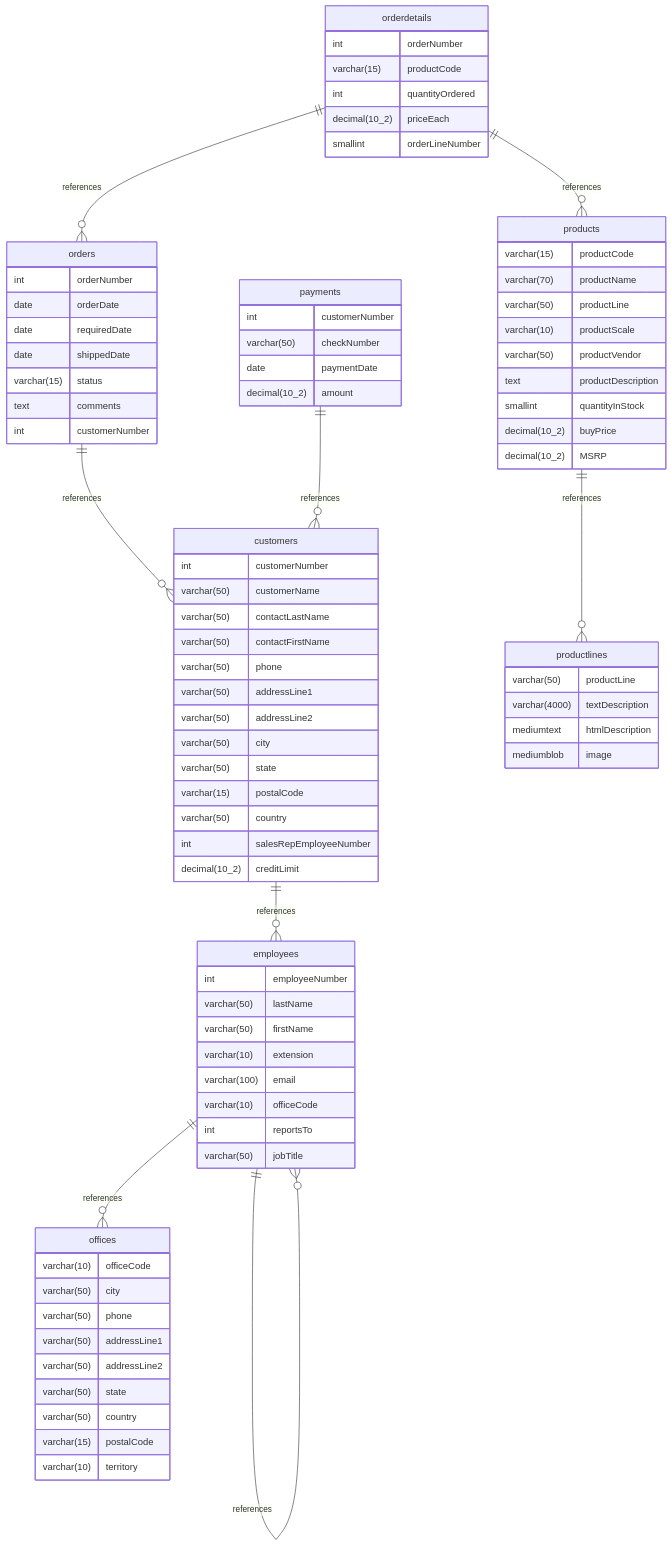
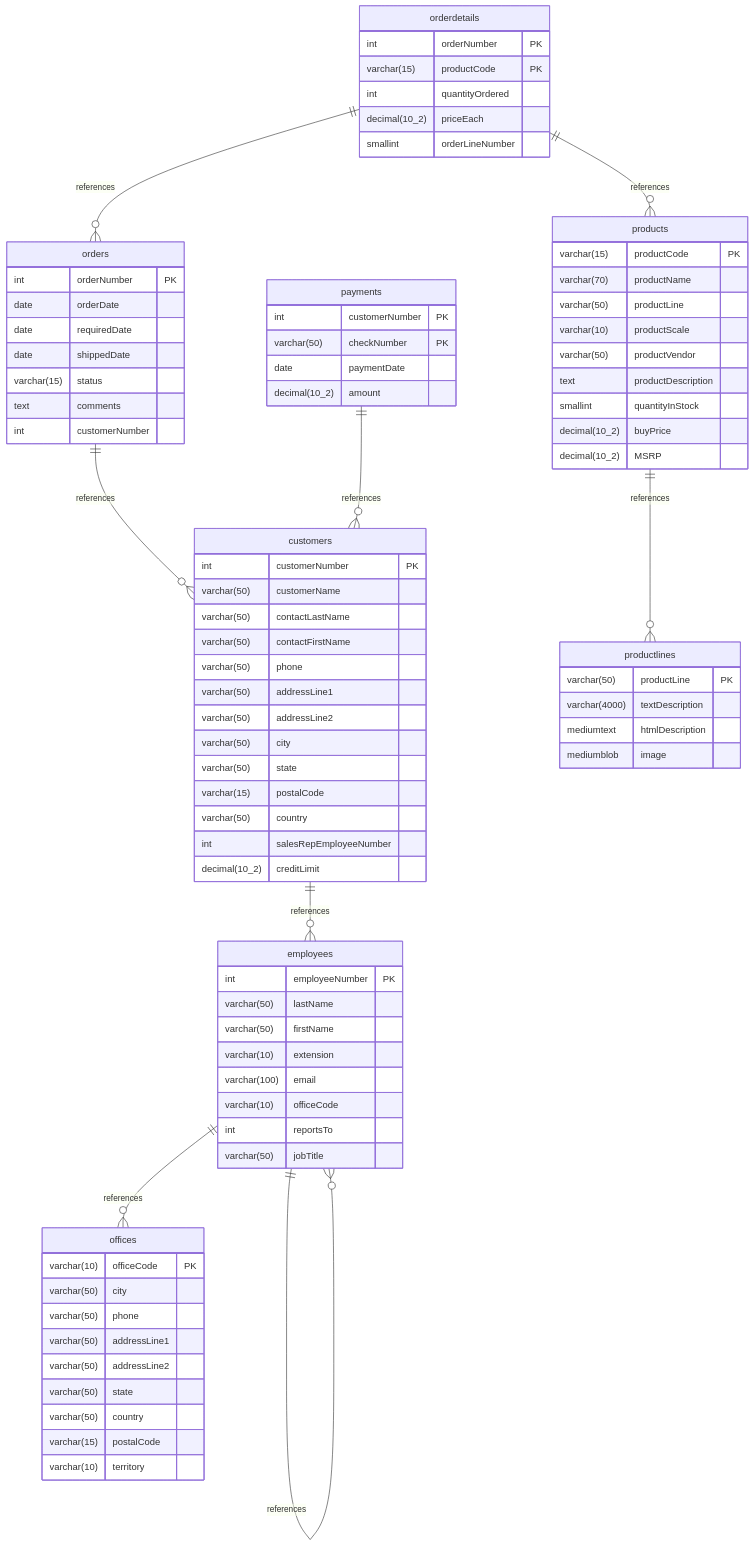
Before and after one commit to brochwerger/db_explorer: the diagram in sample-mermaid-diagram.md, drawn with Mermaid.

Commit message:
Added primary key hightlighting to diagram

````diff
--- a/sample-mermaid-diagram.md
+++ b/sample-mermaid-diagram.md
@@ -1,7 +1,7 @@
 ```mermaid
 erDiagram
     customers {
-        int customerNumber
+        int customerNumber PK
         varchar(50) customerName
         varchar(50) contactLastName
         varchar(50) contactFirstName
@@ -16,7 +16,7 @@
         decimal(10_2) creditLimit
     }
     employees {
-        int employeeNumber
+        int employeeNumber PK
         varchar(50) lastName
         varchar(50) firstName
         varchar(10) extension
@@ -26,7 +26,7 @@
         varchar(50) jobTitle
     }
     offices {
-        varchar(10) officeCode
+        varchar(10) officeCode PK
         varchar(50) city
         varchar(50) phone
         varchar(50) addressLine1
@@ -37,14 +37,14 @@
         varchar(10) territory
     }
     orderdetails {
-        int orderNumber
-        varchar(15) productCode
+        int orderNumber PK
+        varchar(15) productCode PK
         int quantityOrdered
         decimal(10_2) priceEach
         smallint orderLineNumber
     }
     orders {
-        int orderNumber
+        int orderNumber PK
         date orderDate
         date requiredDate
         date shippedDate
@@ -53,19 +53,19 @@
         int customerNumber
     }
     payments {
-        int customerNumber
-        varchar(50) checkNumber
+        int customerNumber PK
+        varchar(50) checkNumber PK
         date paymentDate
         decimal(10_2) amount
     }
     productlines {
-        varchar(50) productLine
+        varchar(50) productLine PK
         varchar(4000) textDescription
         mediumtext htmlDescription
         mediumblob image
     }
     products {
-        varchar(15) productCode
+        varchar(15) productCode PK
         varchar(70) productName
         varchar(50) productLine
         varchar(10) productScale
````
